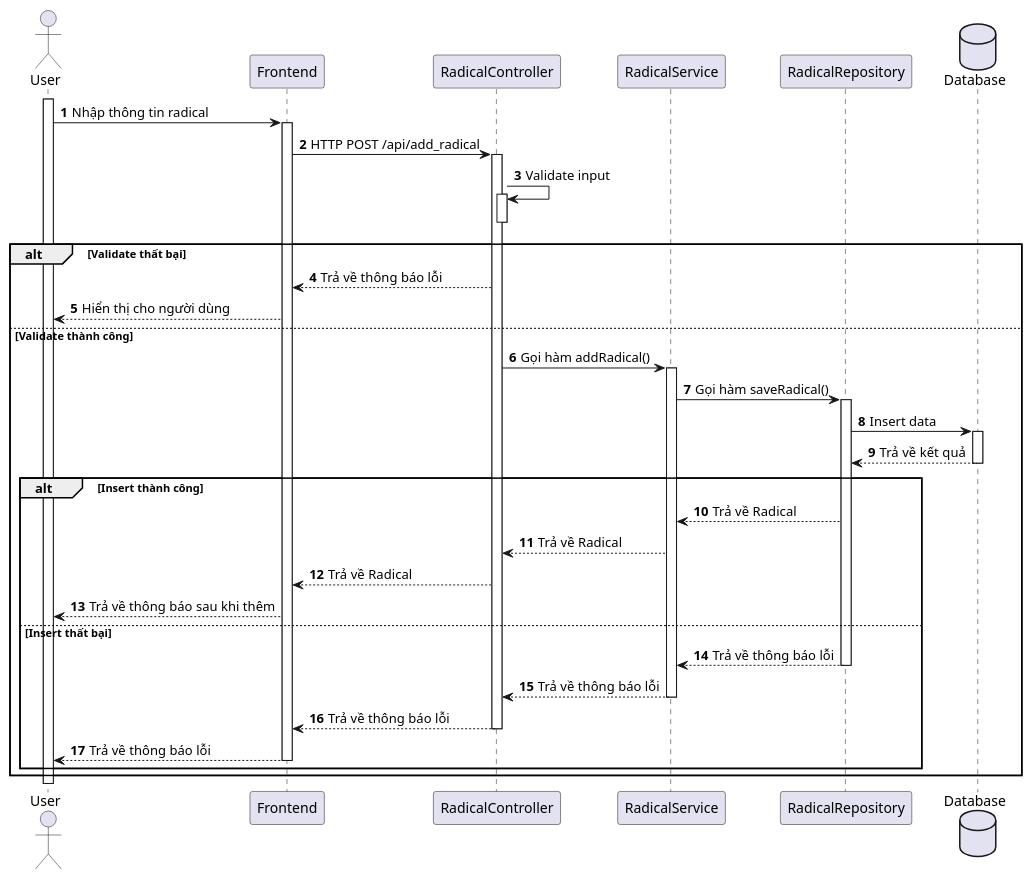
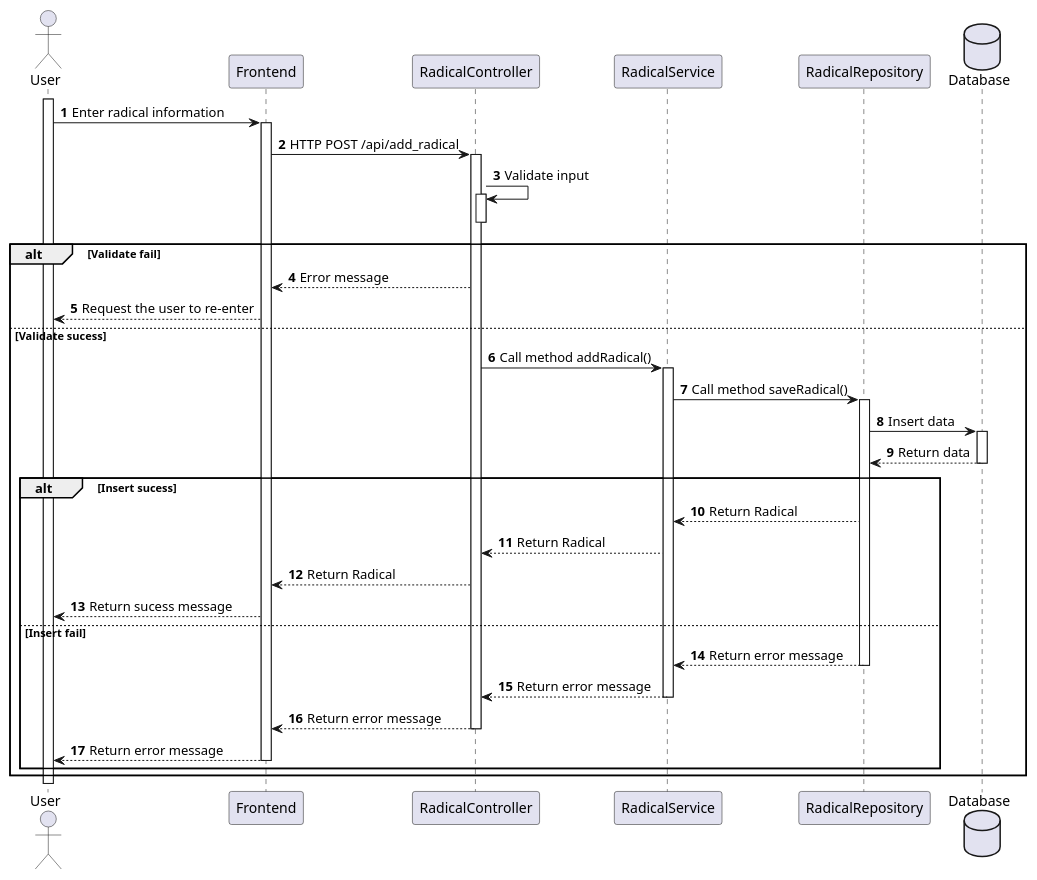
Before and after one commit to Annthe160639/japanese-app: the diagram in japanese-app/plant_uml/Radical/[Sequence] Radical_Add.puml, drawn with PlantUML. The commit also changed 6 other files, not shown here.

Commit message:
update sequence

```diff
--- a/japanese-app/plant_uml/Radical/[Sequence] Radical_Add.puml
+++ b/japanese-app/plant_uml/Radical/[Sequence] Radical_Add.puml
@@ -1,48 +1,48 @@
 @startuml
 actor User
 'participant "Homepage Activity" as Homepage
 participant "Frontend" as Frontend
 participant "RadicalController" as Controller
 participant "RadicalService" as Service
 participant "RadicalRepository" as Repository
 
 database Database
 activate User
 autonumber
 
-User -> Frontend++: Nhập thông tin radical
+User -> Frontend++: Enter radical information
 Frontend -> Controller++: HTTP POST /api/add_radical
 Controller -> Controller: Validate input
 activate Controller
 deactivate Controller
 
-alt Validate thất bại
-    Controller --> Frontend: Trả về thông báo lỗi
-    Frontend --> User: Hiển thị cho người dùng
+alt Validate fail
+    Controller --> Frontend: Error message
+    Frontend --> User: Request the user to re-enter
 
-else Validate thành công
-    Controller -> Service++: Gọi hàm addRadical()
-    Service -> Repository++: Gọi hàm saveRadical()
+else Validate sucess
+    Controller -> Service++: Call method addRadical()
+    Service -> Repository++: Call method saveRadical()
     Repository -> Database++: Insert data
-    Database --> Repository--: Trả về kết quả
-    alt Insert thành công
-        Repository --> Service: Trả về Radical
-        Service --> Controller: Trả về Radical
-        Controller --> Frontend: Trả về Radical
-        Frontend --> User: Trả về thông báo sau khi thêm
+    Database --> Repository--: Return data
+    alt Insert sucess
+        Repository --> Service: Return Radical
+        Service --> Controller: Return Radical
+        Controller --> Frontend: Return Radical
+        Frontend --> User: Return sucess message
 
-    else Insert thất bại
-        Repository --> Service: Trả về thông báo lỗi
+    else Insert fail
+        Repository --> Service: Return error message
         deactivate Repository
-        Service --> Controller--: Trả về thông báo lỗi
-        Controller --> Frontend--: Trả về thông báo lỗi
-        Frontend --> User--: Trả về thông báo lỗi
+        Service --> Controller--: Return error message
+        Controller --> Frontend--: Return error message
+        Frontend --> User--: Return error message
 
     end
 
 
 end
 
 
 
 @enduml
```
